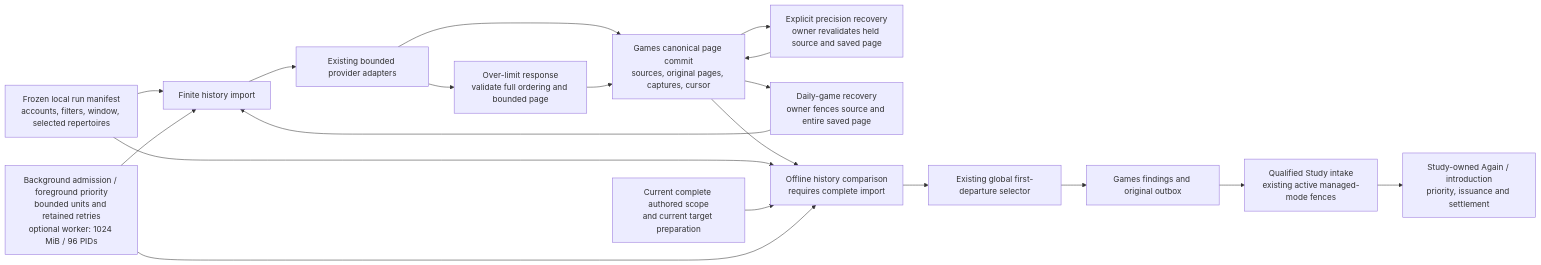
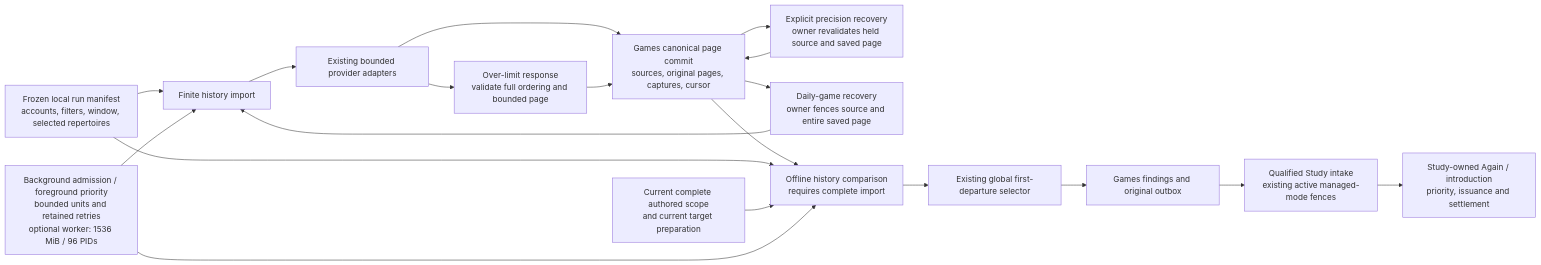
Before and after one commit to aaweaver-actuary/tempo: the first of 8 diagrams in backend/app/product_composition/README.md, drawn with Mermaid. The commit also changed 8 other files, not shown here.

````diff
--- a/backend/app/product_composition/README.md
+++ b/backend/app/product_composition/README.md
@@ -11,21 +11,21 @@
 ```mermaid
 flowchart LR
   Manifest["Frozen local run manifest<br/>accounts, filters, window, selected repertoires"] --> Import["Finite history import"]
   Import --> Providers["Existing bounded provider adapters"]
   Providers --> Commit["Games canonical page commit<br/>sources, original pages, captures, cursor"]
   Providers --> Oversized["Over-limit response<br/>validate full ordering and bounded page"]
   Oversized --> Commit
   Commit --> Recovery["Explicit precision recovery<br/>owner revalidates held source and saved page"]
   Commit --> DailyRecovery["Daily-game recovery<br/>owner fences source and entire saved page"]
   DailyRecovery --> Import
   Recovery --> Commit
   Commit --> Replay["Offline history comparison<br/>requires complete import"]
   Manifest --> Replay
   Scope["Current complete authored scope<br/>and current target preparation"] --> Replay
   Replay --> Selector["Existing global first-departure selector"]
   Selector --> Facts["Games findings and original outbox"]
   Facts --> Intake["Qualified Study intake<br/>existing active managed-mode fences"]
   Intake --> Study["Study-owned Again / introduction<br/>priority, issuance and settlement"]
-  Gate["Background admission / foreground priority<br/>bounded units and retained retries<br/>optional worker: 1024 MiB / 96 PIDs"] --> Import
+  Gate["Background admission / foreground priority<br/>bounded units and retained retries<br/>optional worker: 1536 MiB / 96 PIDs"] --> Import
   Gate --> Replay
 ```
````
